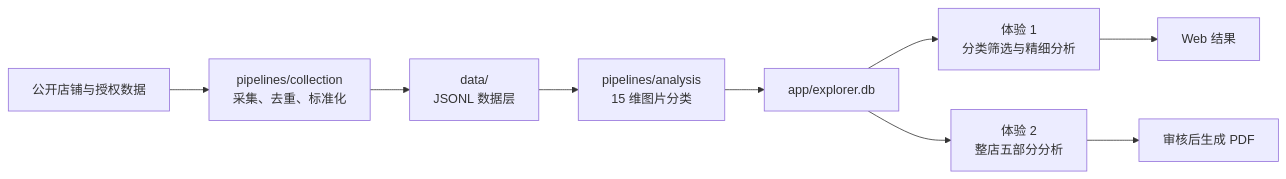
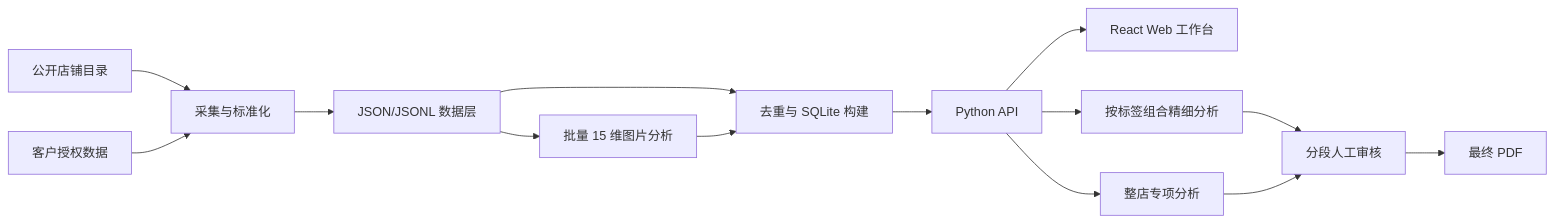
The first of 2 diagrams in README.md (gatheringtech001/trendinganalysis), drawn with Mermaid before and after one commit. The commit also changed other lines of this file, not shown here.

````diff
--- a/README.md
+++ b/README.md
@@ -20,11 +40,16 @@
 ```mermaid
 flowchart LR
-    A[公开店铺与授权数据] --> B[pipelines/collection<br/>采集、去重、标准化]
-    B --> C[data/<br/>JSONL 数据层]
-    C --> D[pipelines/analysis<br/>15 维图片分类]
-    D --> E[app/explorer.db]
-    E --> F[体验 1<br/>分类筛选与精细分析]
-    E --> G[体验 2<br/>整店五部分分析]
-    F --> H[Web 结果]
-    G --> I[审核后生成 PDF]
+    A[公开店铺目录] --> C[采集与标准化]
+    B[客户授权数据] --> C
+    C --> D[JSON/JSONL 数据层]
+    D --> E[去重与 SQLite 构建]
+    D --> F[批量 15 维图片分析]
+    F --> E
+    E --> G[Python API]
+    G --> H[React Web 工作台]
+    G --> I[按标签组合精细分析]
+    G --> J[整店专项分析]
+    I --> K[分段人工审核]
+    J --> K
+    K --> L[最终 PDF]
 ```
````
